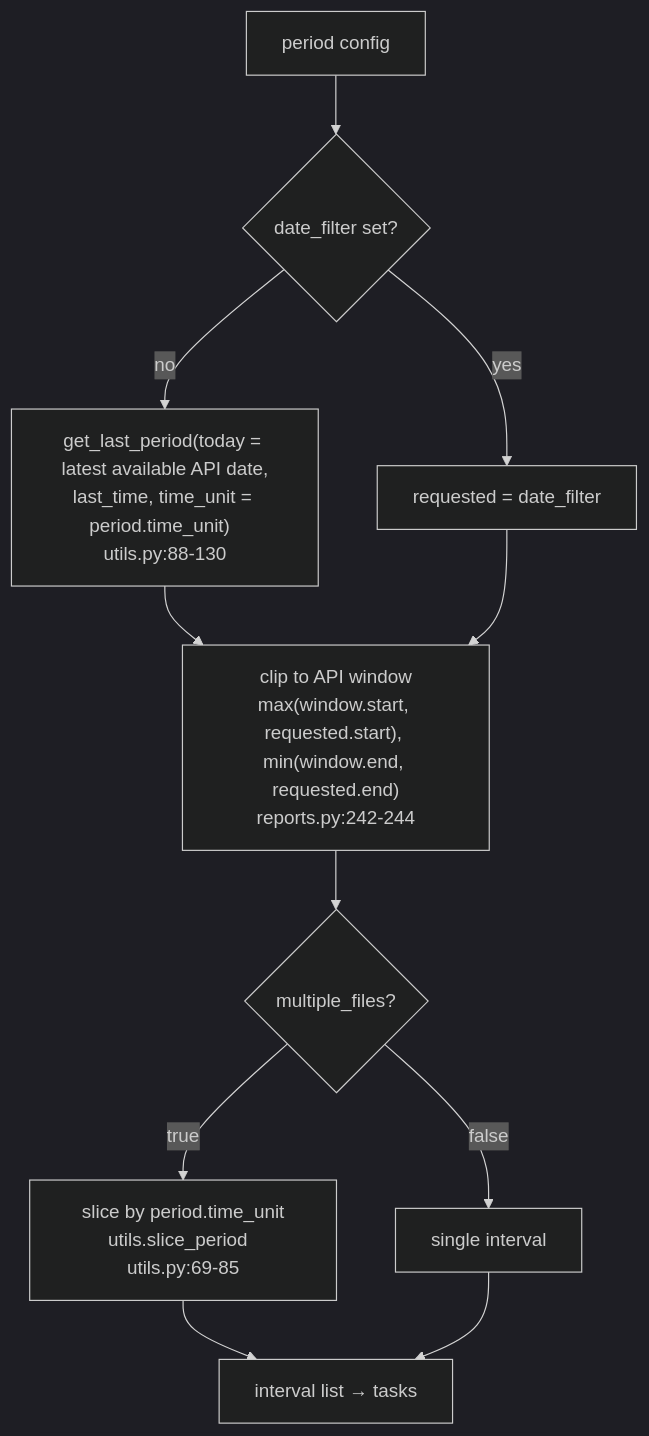
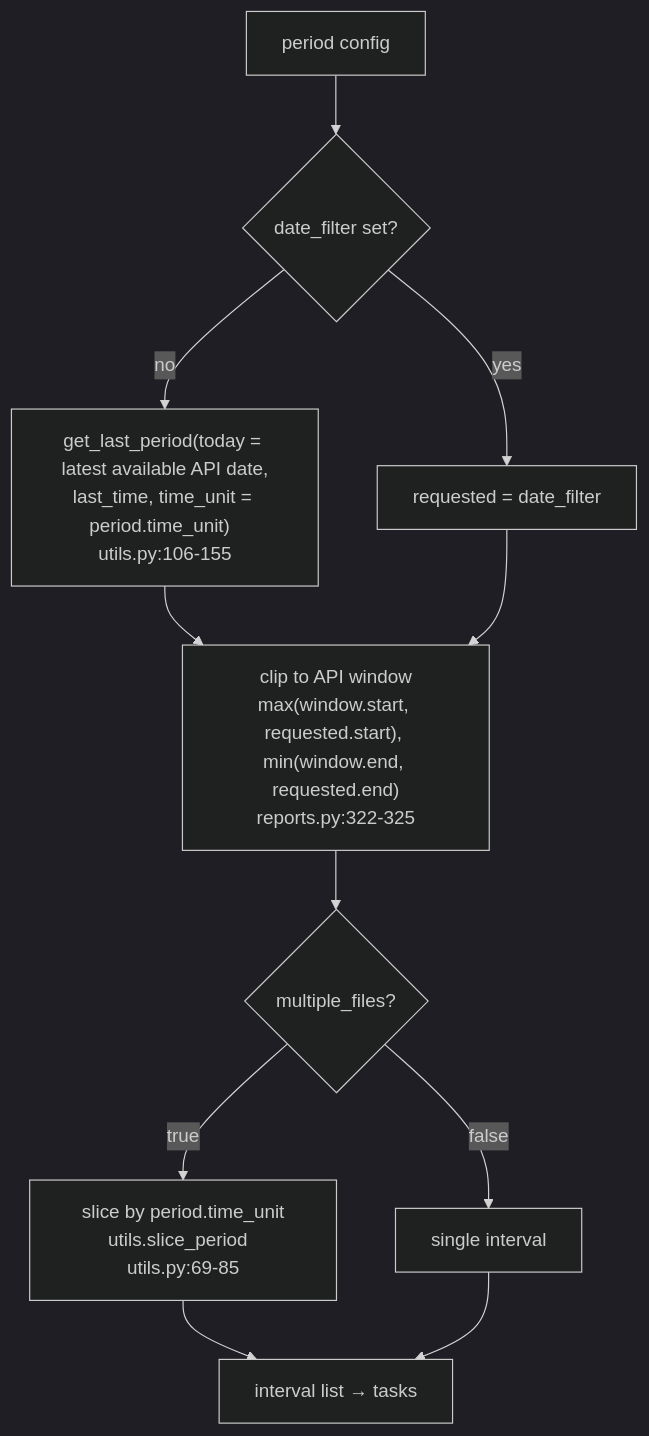
One commit to manicko/mko_get_mediascope_data changed the second of 3 diagrams in docs/00-overview/data-flow-architecture.md. Above: the diagram before and after it, drawn with Mermaid (dark theme). The commit also changed other lines of this file and 13 other files, not shown here.

````diff
--- a/docs/00-overview/data-flow-architecture.md
+++ b/docs/00-overview/data-flow-architecture.md
@@ -87,13 +87,13 @@
 ```mermaid
 flowchart TD
     A["period config"] --> B{"date_filter set?"}
-    B -- no --> C["get_last_period(today = latest available API date,<br/>last_time, time_unit = period.time_unit)  utils.py:88-130"]
+    B -- no --> C["get_last_period(today = latest available API date,<br/>last_time, time_unit = period.time_unit)  utils.py:106-155"]
     B -- yes --> D["requested = date_filter"]
-    C --> E["clip to API window<br/>max(window.start, requested.start), min(window.end, requested.end)<br/>reports.py:242-244"]
+    C --> E["clip to API window<br/>max(window.start, requested.start), min(window.end, requested.end)<br/>reports.py:322-325"]
     D --> E
     E --> F{"multiple_files?"}
     F -- true --> G["slice by period.time_unit<br/>utils.slice_period  utils.py:69-85"]
     F -- false --> H["single interval"]
     G --> I["interval list → tasks"]
     H --> I
 ```
````
